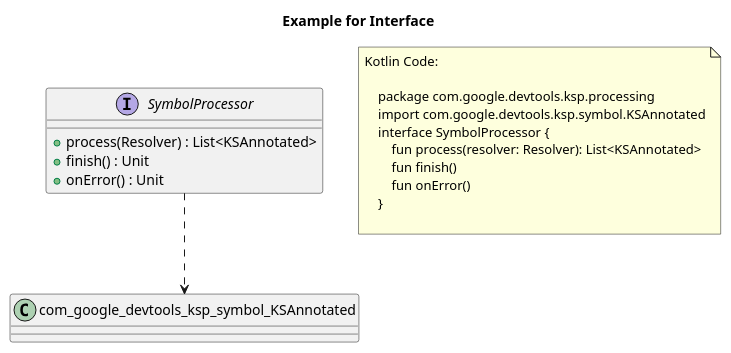
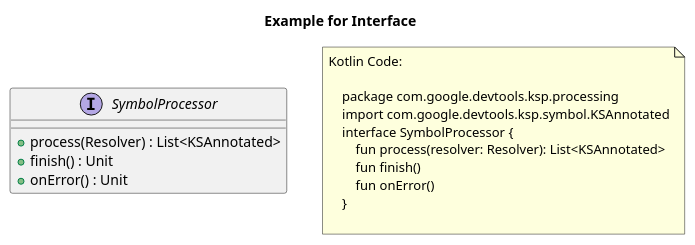
The diagram in doc/plantuml/Interface.puml (Tosaa/ksp-plantuml), drawn with PlantUML before and after one commit. The commit also changed 47 other files, not shown here.

Commit message:
Refactoring: Store Diagram elements in graph (#17)

```diff
--- a/doc/plantuml/Interface.puml
+++ b/doc/plantuml/Interface.puml
@@ -1,28 +1,27 @@
 @startuml
 title Example for Interface
 'This file is generated by the GenerateExamplesForDoc test.
 
     'com.google.devtools.ksp.processing.SymbolProcessor
     interface "SymbolProcessor" as com_google_devtools_ksp_processing_SymbolProcessor {
         + process(Resolver) : List<KSAnnotated>
 		+ finish() : Unit
 		+ onError() : Unit
     }
 
 
-com_google_devtools_ksp_processing_SymbolProcessor ..> com_google_devtools_ksp_symbol_KSAnnotated
 
 note as note_of_code
 Kotlin Code:
 
     package com.google.devtools.ksp.processing
     import com.google.devtools.ksp.symbol.KSAnnotated
     interface SymbolProcessor {
         fun process(resolver: Resolver): List<KSAnnotated>
         fun finish()
         fun onError()
     }
     
 end note
 
 @enduml
```
